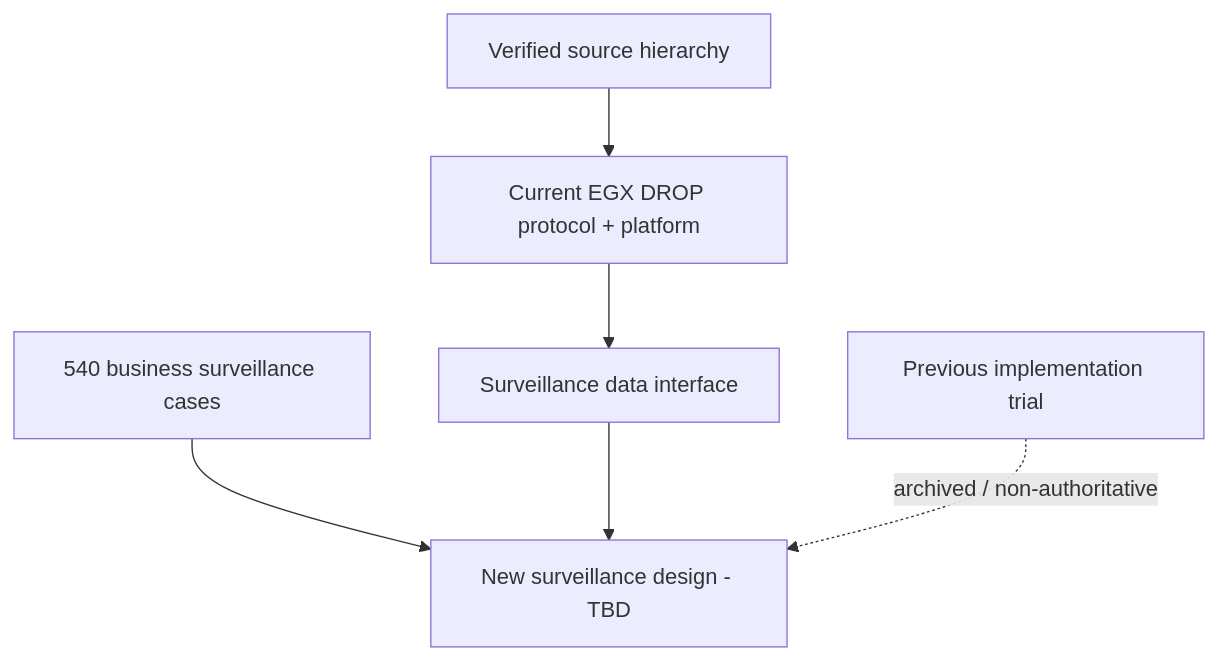
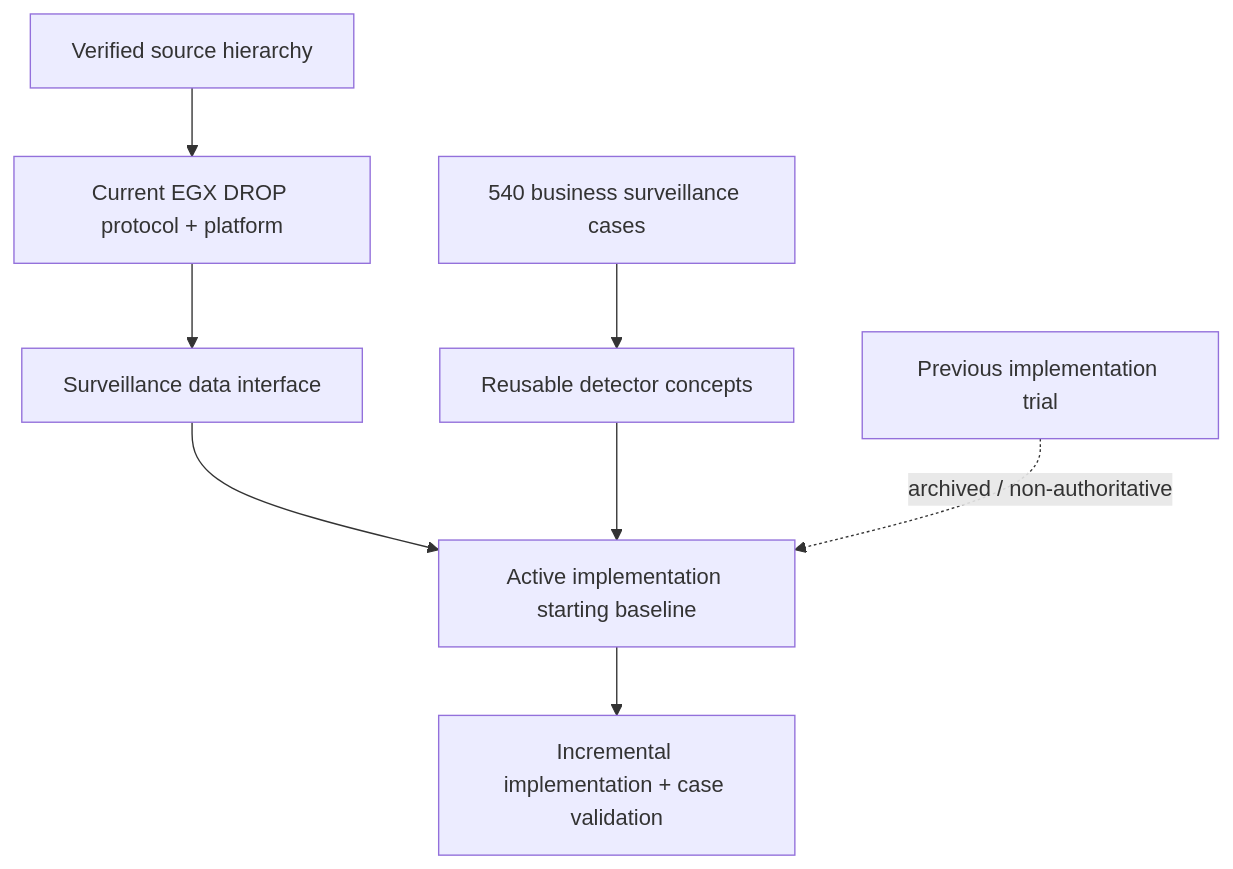
One commit to adnanelhabashy/surveillance-knowledge-base changed the diagram in Market-Surveillance-Full-Plan-Doc-Refrence/00 - Project Home.md. Above: the diagram before and after it, drawn with Mermaid. The commit also changed other lines of this file, not shown here.

Commit message:
Start active surveillance implementation baseline and correct global sequence model

````diff
--- a/Market-Surveillance-Full-Plan-Doc-Refrence/00 - Project Home.md
+++ b/Market-Surveillance-Full-Plan-Doc-Refrence/00 - Project Home.md
@@ -23,8 +24,10 @@
 ```mermaid
 flowchart TB
-    B[540 business surveillance cases] --> N[New surveillance design - TBD]
+    CASES[540 business surveillance cases] --> DET[Reusable detector concepts]
     DROP[Current EGX DROP protocol + platform] --> IFACE[Surveillance data interface]
-    IFACE --> N
+    IFACE --> START[Active implementation starting baseline]
+    DET --> START
+    START --> BUILD[Incremental implementation + case validation]
     SRC[Verified source hierarchy] --> DROP
-    LEG[Previous implementation trial] -. archived / non-authoritative .-> N
+    LEG[Previous implementation trial] -. archived / non-authoritative .-> START
 ```
````
